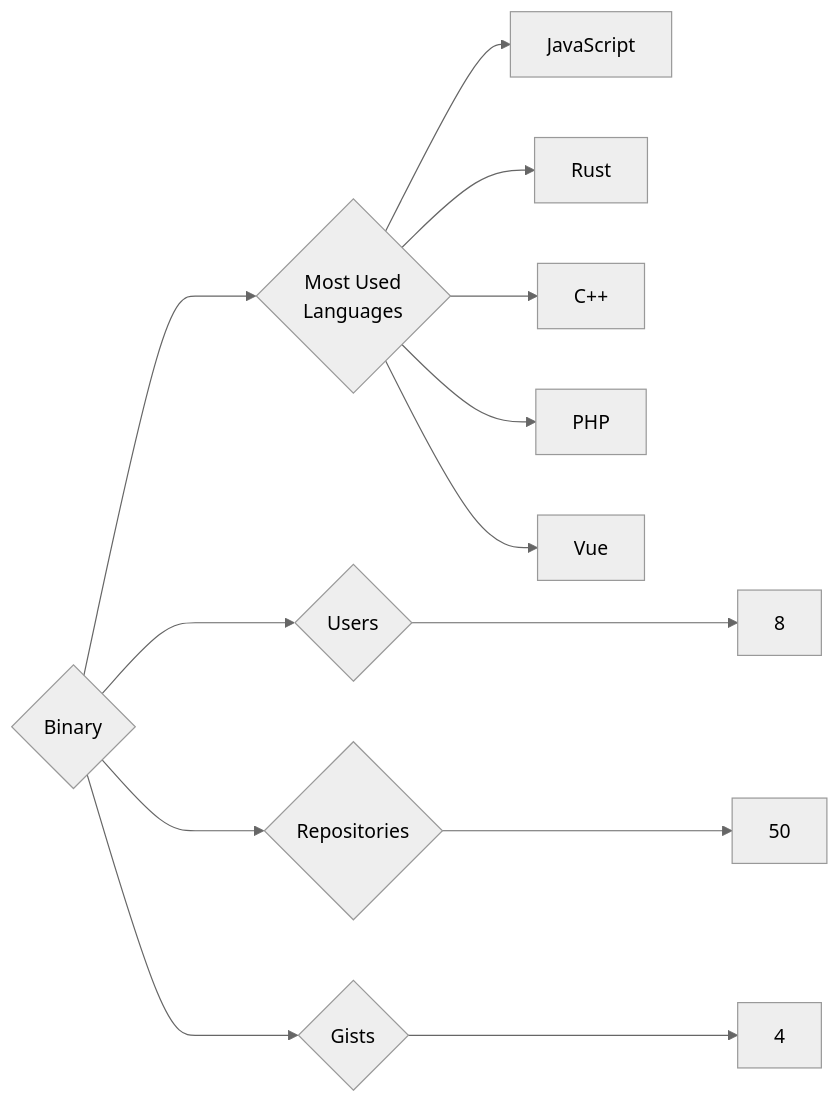
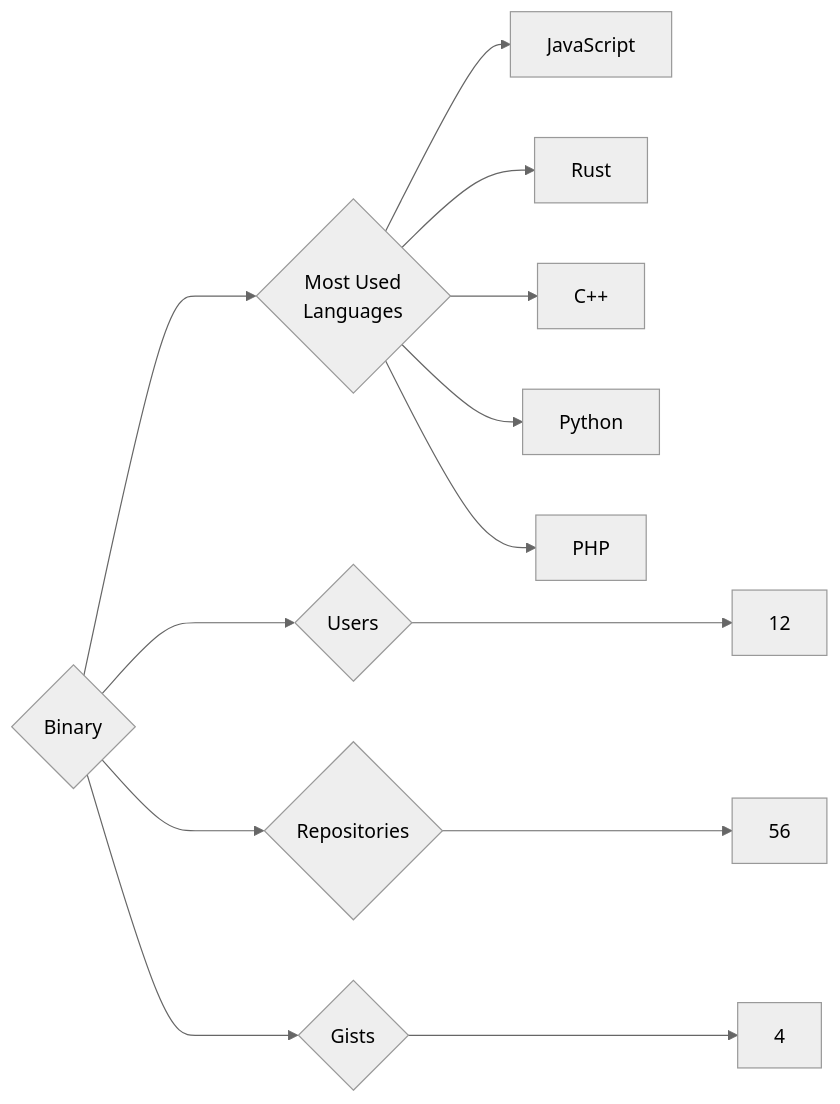
Before and after one commit to trickest/insiders: the diagram in targets/Binary/README.md, drawn with Mermaid (neutral theme). The commit also changed 872 other files, not shown here.

````diff
--- a/targets/Binary/README.md
+++ b/targets/Binary/README.md
@@ -3,13 +3,13 @@
 ```mermaid
 graph LR
 COMPANY_NAME{Binary}
-COMPANY_NAME ---> U{Users} ---> UN[8]
-COMPANY_NAME ---> R{Repositories} ---> RN[50]
+COMPANY_NAME ---> U{Users} ---> UN[12]
+COMPANY_NAME ---> R{Repositories} ---> RN[56]
 COMPANY_NAME ---> G{Gists} ---> GN[4]
 COMPANY_NAME ---> ML{Most Used<br>Languages}
 ML --> JavaScript[JavaScript]
 ML --> Rust[Rust]
 ML --> C++[C++]
+ML --> Python[Python]
 ML --> PHP[PHP]
-ML --> Vue[Vue]
 ```
````
